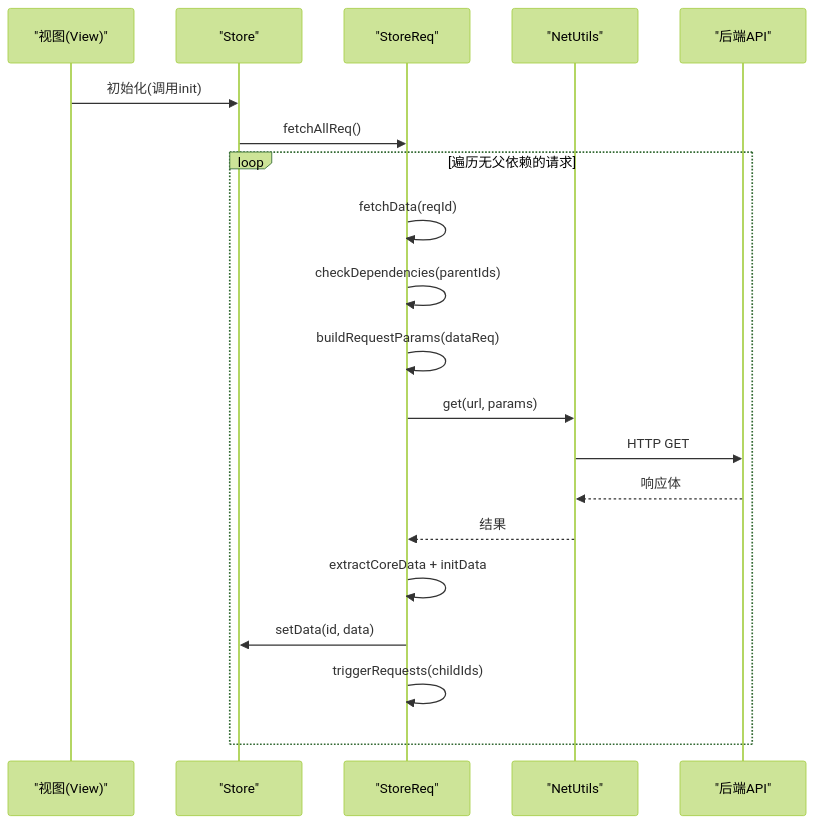
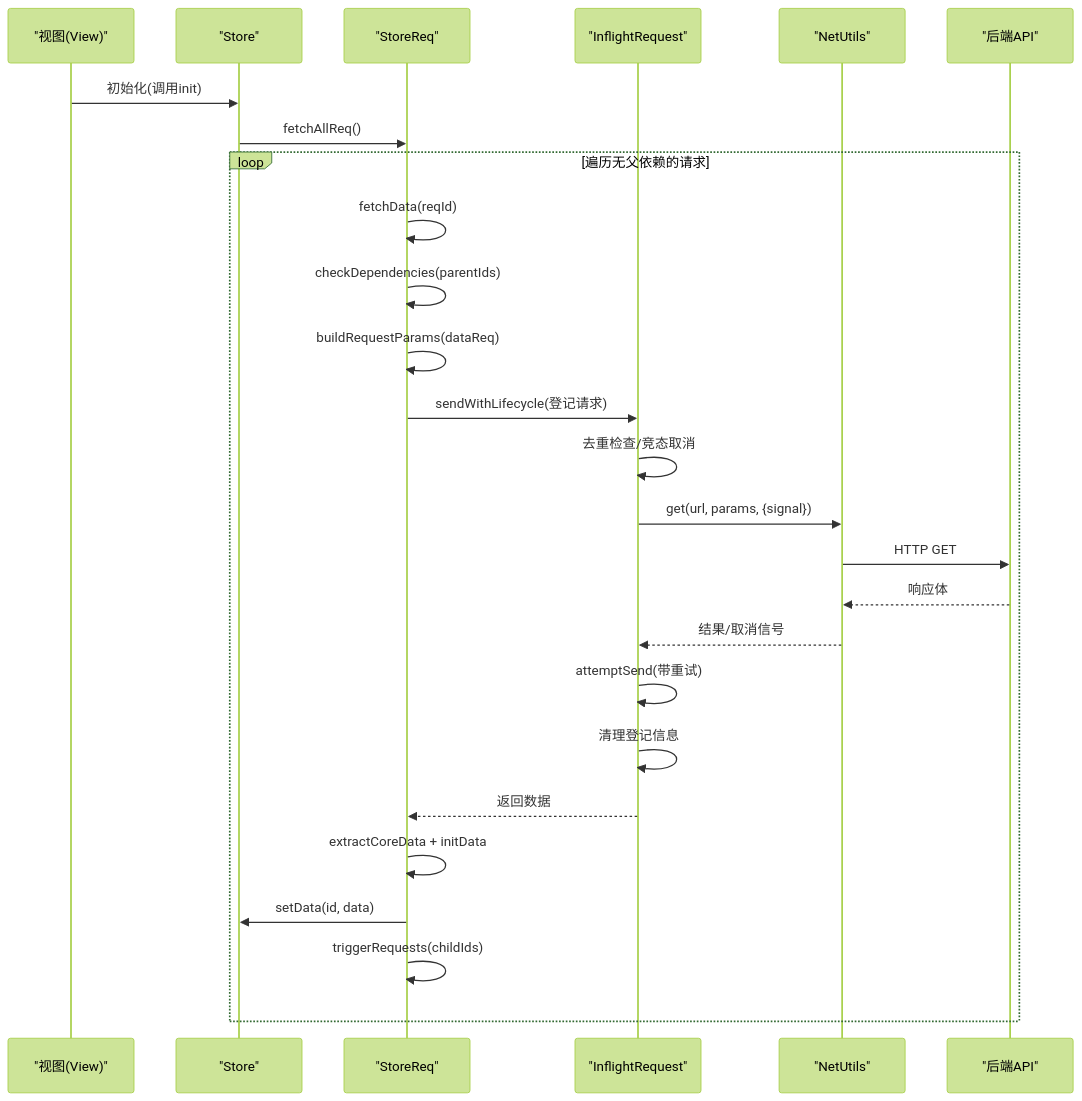
One commit to liqiongke/FrontArk changed the second of 8 diagrams in .qoder/repowiki/zh/content/架构设计/数据流管理/请求生命周期.md. Above: the diagram before and after it, drawn with Mermaid (forest theme). The commit also changed other lines of this file and 25 other files, not shown here.

````diff
--- a/.qoder/repowiki/zh/content/架构设计/数据流管理/请求生命周期.md
+++ b/.qoder/repowiki/zh/content/架构设计/数据流管理/请求生命周期.md
@@ -94,22 +103,28 @@
 ```mermaid
 sequenceDiagram
 participant V as "视图(View)"
 participant S as "Store"
 participant R as "StoreReq"
+participant I as "InflightRequest"
 participant N as "NetUtils"
 participant API as "后端API"
 V->>S : 初始化(调用init)
 S->>R : fetchAllReq()
 loop 遍历无父依赖的请求
 R->>R : fetchData(reqId)
 R->>R : checkDependencies(parentIds)
 R->>R : buildRequestParams(dataReq)
-R->>N : get(url, params)
+R->>I : sendWithLifecycle(登记请求)
+I->>I : 去重检查/竞态取消
+I->>N : get(url, params, {signal})
 N->>API : HTTP GET
 API-->>N : 响应体
-N-->>R : 结果
+N-->>I : 结果/取消信号
+I->>I : attemptSend(带重试)
+I->>I : 清理登记信息
+I-->>R : 返回数据
 R->>R : extractCoreData + initData
 R->>S : setData(id, data)
 R->>R : triggerRequests(childIds)
 end
 ```
````
